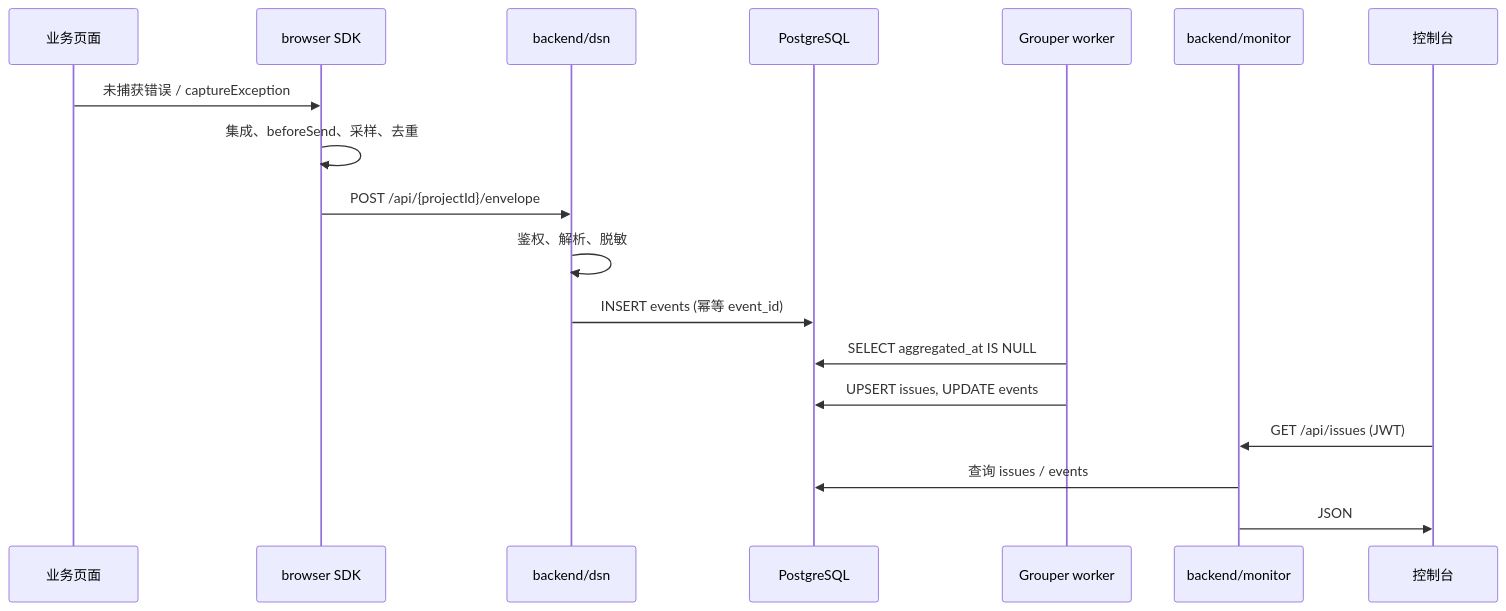
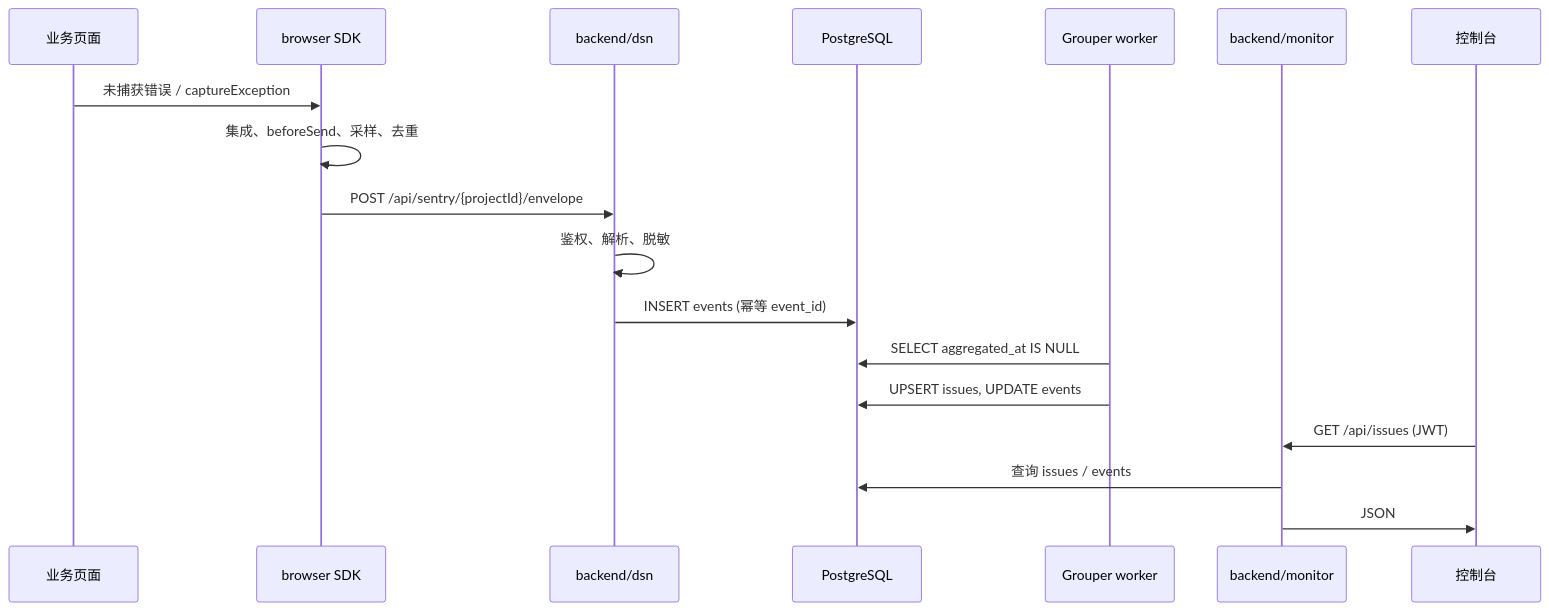
One commit to Mister-Duan/SentryGuardian changed the diagram in docs/learn/data-flow.md. Above: the diagram before and after it, drawn with Mermaid. The commit also changed other lines of this file and 43 other files, not shown here.

````diff
--- a/docs/learn/data-flow.md
+++ b/docs/learn/data-flow.md
@@ -7,21 +7,21 @@
 ```mermaid
 sequenceDiagram
   participant App as 业务页面
   participant SDK as browser SDK
   participant DSN as backend/dsn
   participant DB as PostgreSQL
   participant Grp as Grouper worker
   participant API as backend/monitor
   participant UI as 控制台
 
   App->>SDK: 未捕获错误 / captureException
   SDK->>SDK: 集成、beforeSend、采样、去重
-  SDK->>DSN: POST /api/{projectId}/envelope
+  SDK->>DSN: POST /api/sentry/{projectId}/envelope
   DSN->>DSN: 鉴权、解析、脱敏
   DSN->>DB: INSERT events (幂等 event_id)
   Grp->>DB: SELECT aggregated_at IS NULL
   Grp->>DB: UPSERT issues, UPDATE events
   UI->>API: GET /api/issues (JWT)
   API->>DB: 查询 issues / events
   API->>UI: JSON
 ```
````
